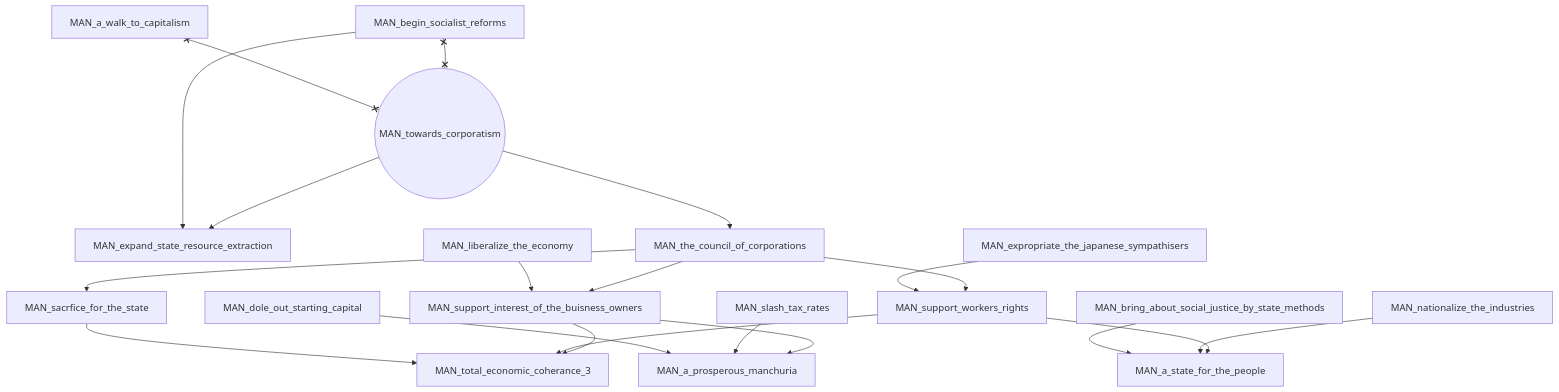
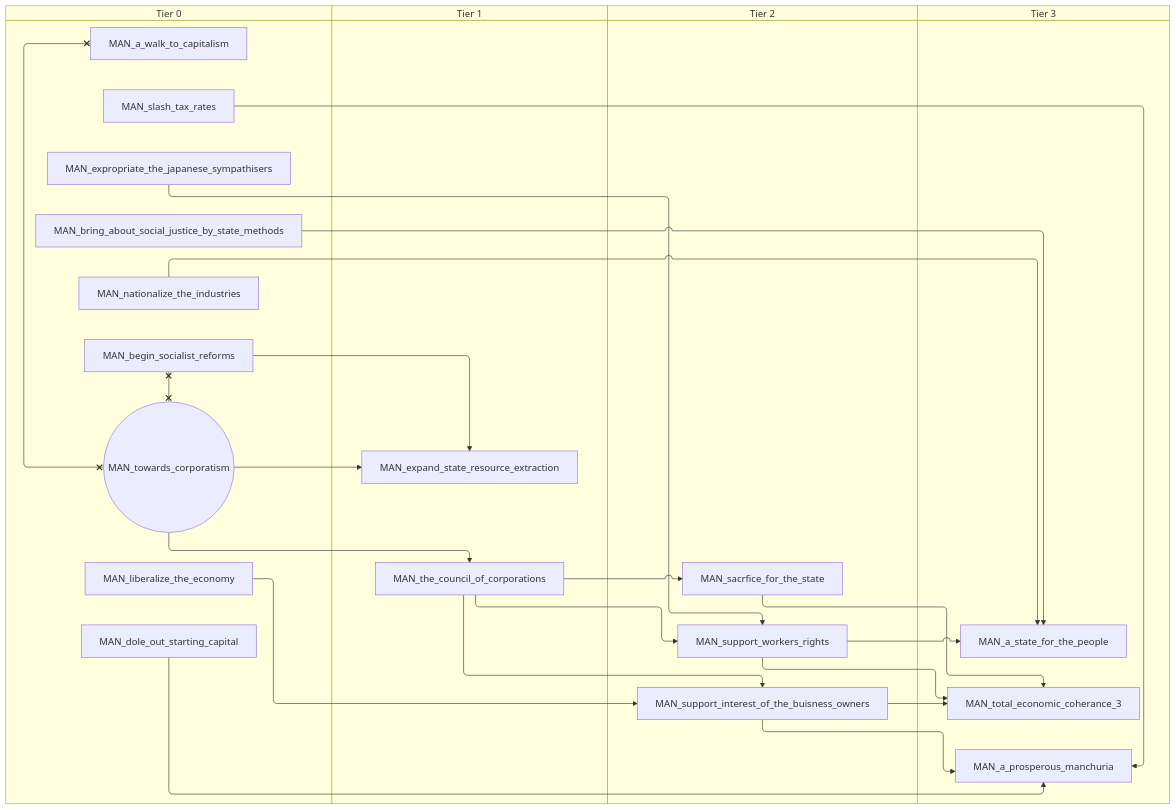
Before and after one commit to evgeny-sobol/hoi4-sandbox-mode-r56: the sixth of 6 diagrams in docs/gdd/National Focuses/r56/manchukuo.md, drawn with Mermaid. The commit also changed other lines of this file and 423 other files, not shown here.

First line of the commit message:
Re-export Rt56 focus trees as swimlane diagrams

````diff
--- a/docs/gdd/National Focuses/r56/manchukuo.md
+++ b/docs/gdd/National Focuses/r56/manchukuo.md
@@ -429,39 +505,47 @@
 ```mermaid
-flowchart TD
-    n1["MAN_a_prosperous_manchuria"]
-    n14["MAN_a_state_for_the_people"]
-    n2["MAN_a_walk_to_capitalism"]
-    n3["MAN_begin_socialist_reforms"]
-    n15["MAN_bring_about_social_justice_by_state_methods"]
-    n4["MAN_dole_out_starting_capital"]
-    n16["MAN_expand_state_resource_extraction"]
-    n17["MAN_expropriate_the_japanese_sympathisers"]
-    n5["MAN_liberalize_the_economy"]
-    n18["MAN_nationalize_the_industries"]
-    n7["MAN_sacrfice_for_the_state"]
-    n8["MAN_slash_tax_rates"]
-    n9["MAN_support_interest_of_the_buisness_owners"]
-    n10["MAN_support_workers_rights"]
-    n11["MAN_the_council_of_corporations"]
-    n12["MAN_total_economic_coherance_3"]
-    n13(("MAN_towards_corporatism"))
-    n4 --> n1
-    n8 --> n1
-    n9 --> n1
-    n15 --> n14
-    n18 --> n14
-    n10 --> n14
-    n3 --> n16
-    n13 --> n16
-    n11 --> n7
-    n5 --> n9
-    n11 --> n9
-    n17 --> n10
-    n11 --> n10
-    n13 --> n11
-    n7 --> n12
+swimlane-beta TD
+    subgraph tier_0["Tier 0"]
+        n1["MAN_a_walk_to_capitalism"]
+        n2["MAN_begin_socialist_reforms"]
+        n16["MAN_bring_about_social_justice_by_state_methods"]
+        n9["MAN_dole_out_starting_capital"]
+        n15["MAN_expropriate_the_japanese_sympathisers"]
+        n7["MAN_liberalize_the_economy"]
+        n17["MAN_nationalize_the_industries"]
+        n10["MAN_slash_tax_rates"]
+        n6(("MAN_towards_corporatism"))
+    end
+    subgraph tier_1["Tier 1"]
+        n14["MAN_expand_state_resource_extraction"]
+        n5["MAN_the_council_of_corporations"]
+    end
+    subgraph tier_2["Tier 2"]
+        n3["MAN_sacrfice_for_the_state"]
+        n11["MAN_support_interest_of_the_buisness_owners"]
+        n4["MAN_support_workers_rights"]
+    end
+    subgraph tier_3["Tier 3"]
+        n12["MAN_a_prosperous_manchuria"]
+        n18["MAN_a_state_for_the_people"]
+        n13["MAN_total_economic_coherance_3"]
+    end
+    n9 --> n12
     n10 --> n12
-    n9 --> n12
-    n2 x--x n13
-    n3 x--x n13
+    n11 --> n12
+    n16 --> n18
+    n17 --> n18
+    n4 --> n18
+    n2 --> n14
+    n6 --> n14
+    n5 --> n3
+    n7 --> n11
+    n5 --> n11
+    n15 --> n4
+    n5 --> n4
+    n6 --> n5
+    n3 --> n13
+    n4 --> n13
+    n11 --> n13
+    n1 x--x n6
+    n2 x--x n6
 ```
````
